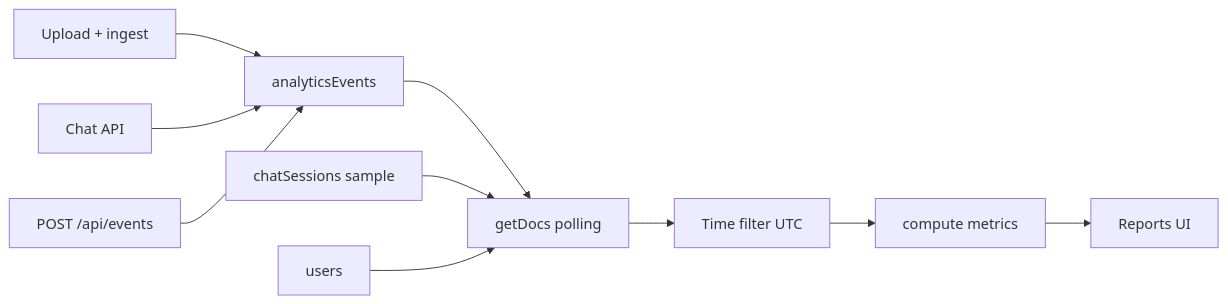
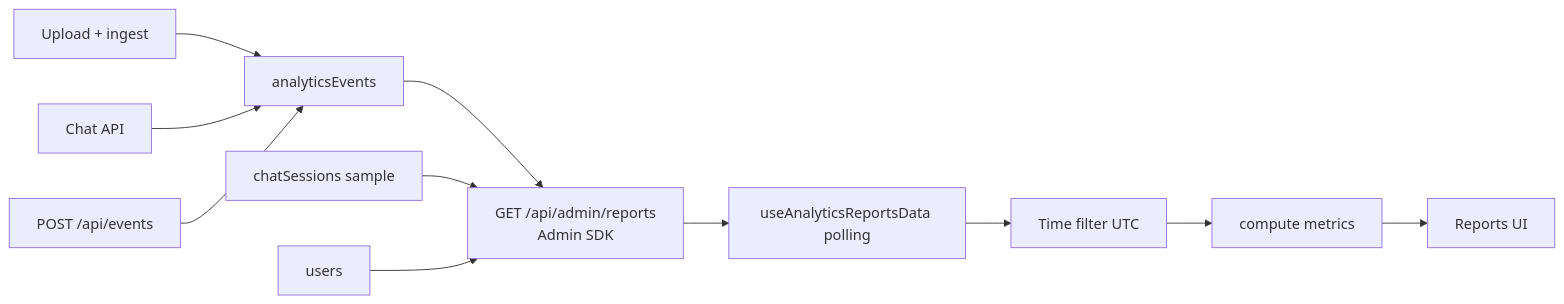
The diagram in docs/ANALYTICS_REPORTS.md (thanhnghiep1208/zaloCGA), drawn with Mermaid before and after one commit. The commit also changed other lines of this file and 4 other files, not shown here.

First line of the commit message:
Docs: fix stale info across PROJECT_OVERVIEW, ANALYTICS_REPORTS, deploy docs

````diff
--- a/docs/ANALYTICS_REPORTS.md
+++ b/docs/ANALYTICS_REPORTS.md
@@ -52,12 +56,13 @@
 ```mermaid
 flowchart LR
   upload[Upload + ingest] --> ae[analyticsEvents]
   chat[Chat API] --> ae
   clientEvents[POST /api/events] --> ae
-  ae --> fetch[getDocs polling]
-  cs[chatSessions sample] --> fetch
-  users[users] --> fetch
-  fetch --> filter[Time filter UTC]
+  ae --> api[GET /api/admin/reports<br/>Admin SDK]
+  cs[chatSessions sample] --> api
+  users[users] --> api
+  api --> hook[useAnalyticsReportsData polling]
+  hook --> filter[Time filter UTC]
   filter --> compute[compute metrics]
   compute --> ui[Reports UI]
 ```
````
